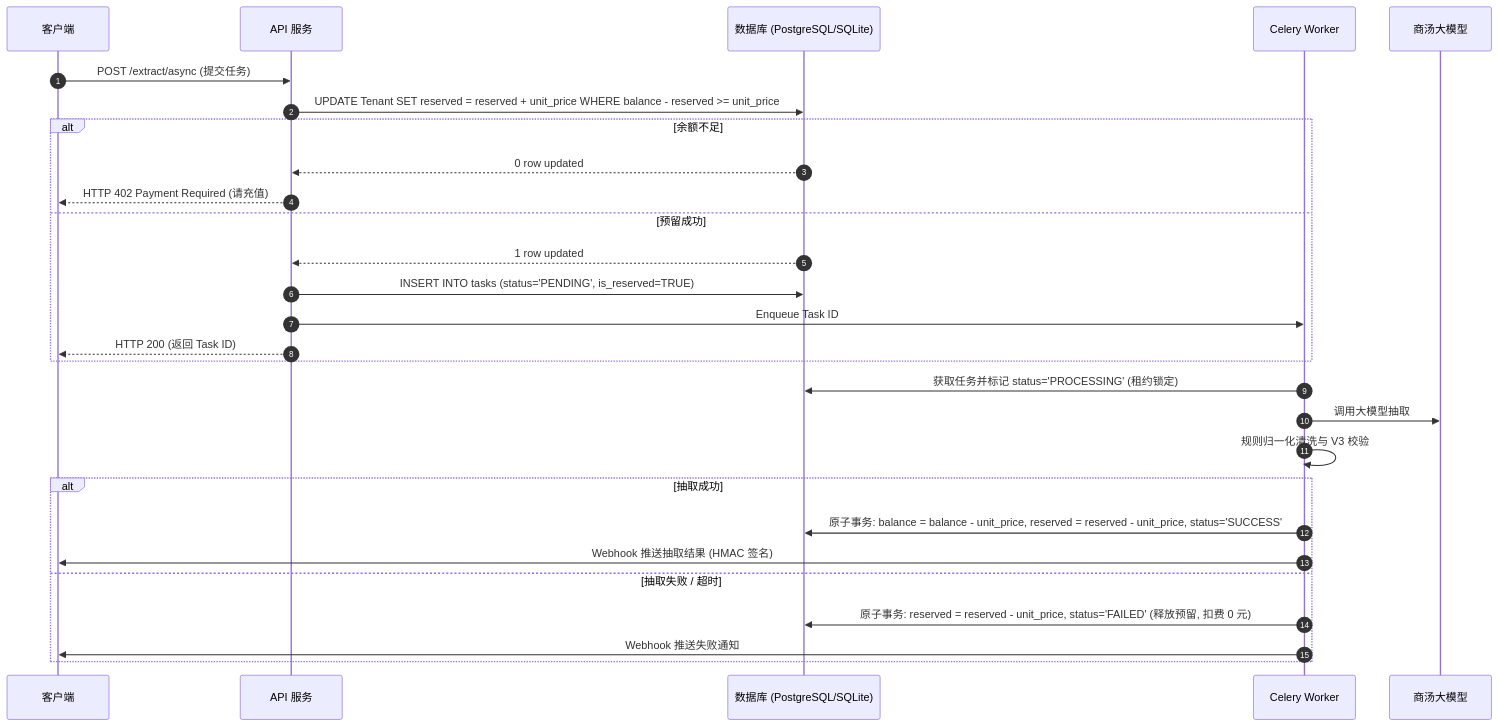
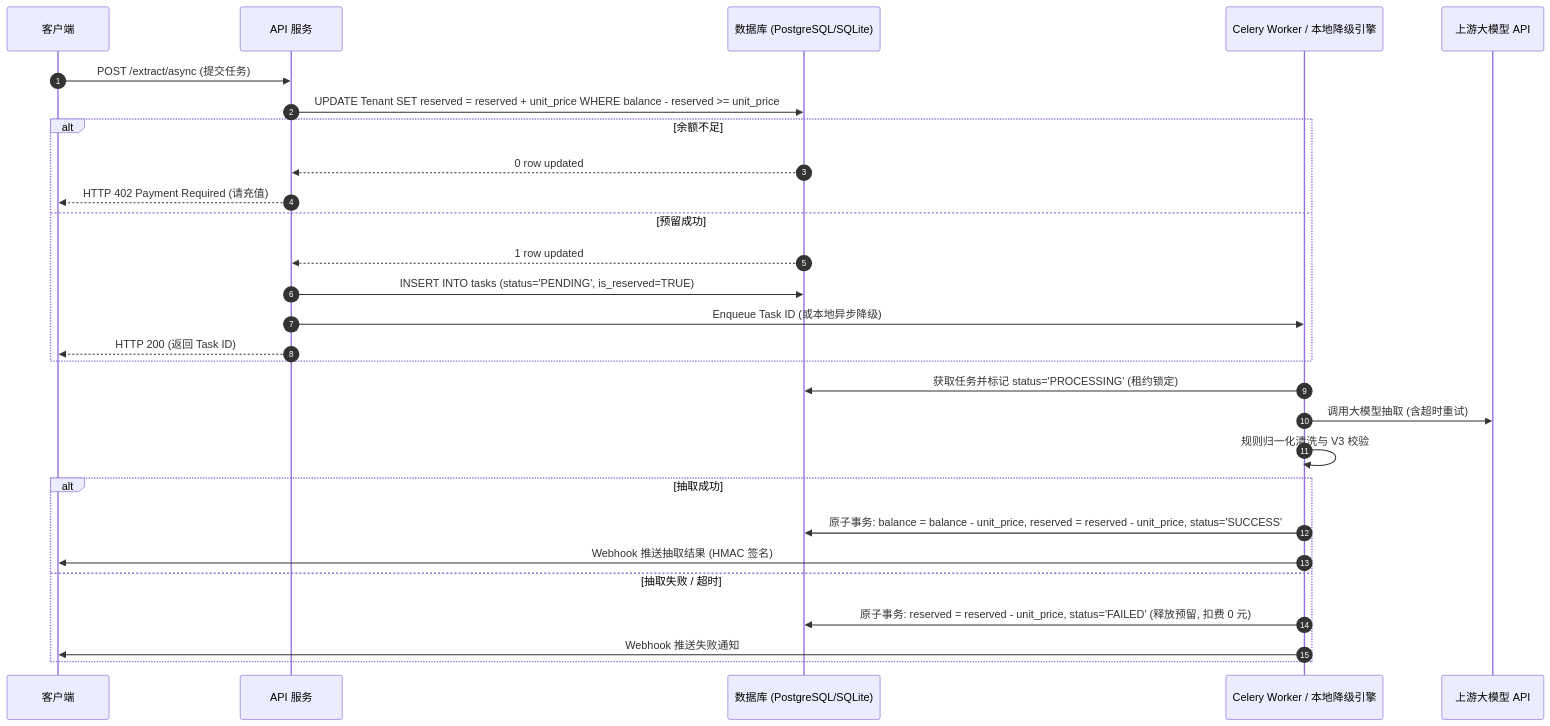
One commit to ARMYAMY/cargoplus-mail-extraction changed the second of 3 diagrams in docs/02_System_Architecture_Design.md. Above: the diagram before and after it, drawn with Mermaid. The commit also changed other lines of this file and 28 other files, not shown here.

````diff
--- a/docs/02_System_Architecture_Design.md
+++ b/docs/02_System_Architecture_Design.md
@@ -95,33 +115,33 @@
 ```mermaid
 sequenceDiagram
     autonumber
     participant Client as 客户端
     participant API as API 服务
     participant DB as 数据库 (PostgreSQL/SQLite)
-    participant Worker as Celery Worker
-    participant LLM as 商汤大模型
+    participant Worker as Celery Worker / 本地降级引擎
+    participant LLM as 上游大模型 API
 
     Client->>API: POST /extract/async (提交任务)
     API->>DB: UPDATE Tenant SET reserved = reserved + unit_price WHERE balance - reserved >= unit_price
     alt 余额不足
         DB-->>API: 0 row updated
         API-->>Client: HTTP 402 Payment Required (请充值)
     else 预留成功
         DB-->>API: 1 row updated
         API->>DB: INSERT INTO tasks (status='PENDING', is_reserved=TRUE)
-        API->>Worker: Enqueue Task ID
+        API->>Worker: Enqueue Task ID (或本地异步降级)
         API-->>Client: HTTP 200 (返回 Task ID)
     end
 
     Worker->>DB: 获取任务并标记 status='PROCESSING' (租约锁定)
-    Worker->>LLM: 调用大模型抽取
+    Worker->>LLM: 调用大模型抽取 (含超时重试)
     Worker->>Worker: 规则归一化清洗与 V3 校验
 
     alt 抽取成功
         Worker->>DB: 原子事务: balance = balance - unit_price, reserved = reserved - unit_price, status='SUCCESS'
         Worker->>Client: Webhook 推送抽取结果 (HMAC 签名)
     else 抽取失败 / 超时
         Worker->>DB: 原子事务: reserved = reserved - unit_price, status='FAILED' (释放预留, 扣费 0 元)
         Worker->>Client: Webhook 推送失败通知
     end
 ```
````
